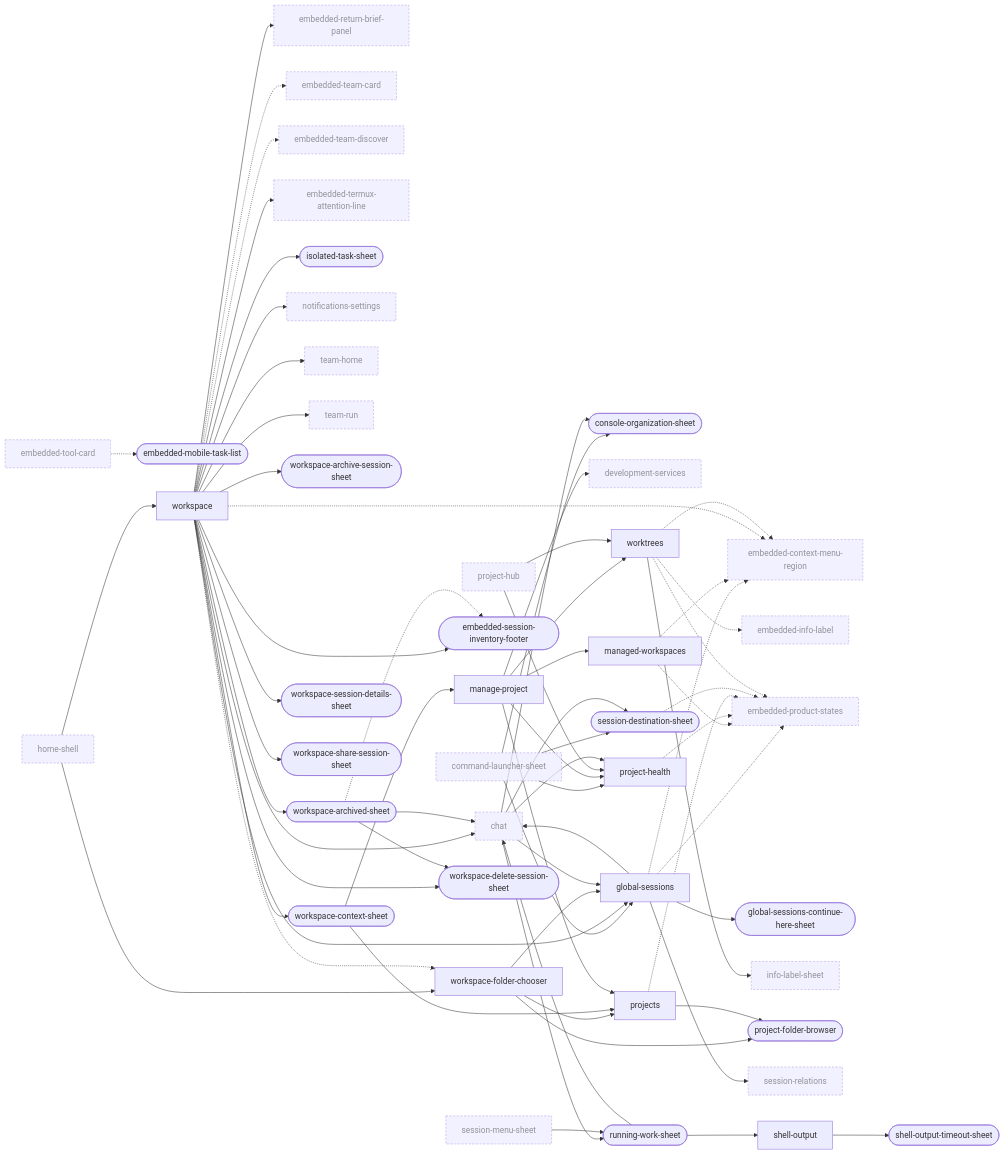
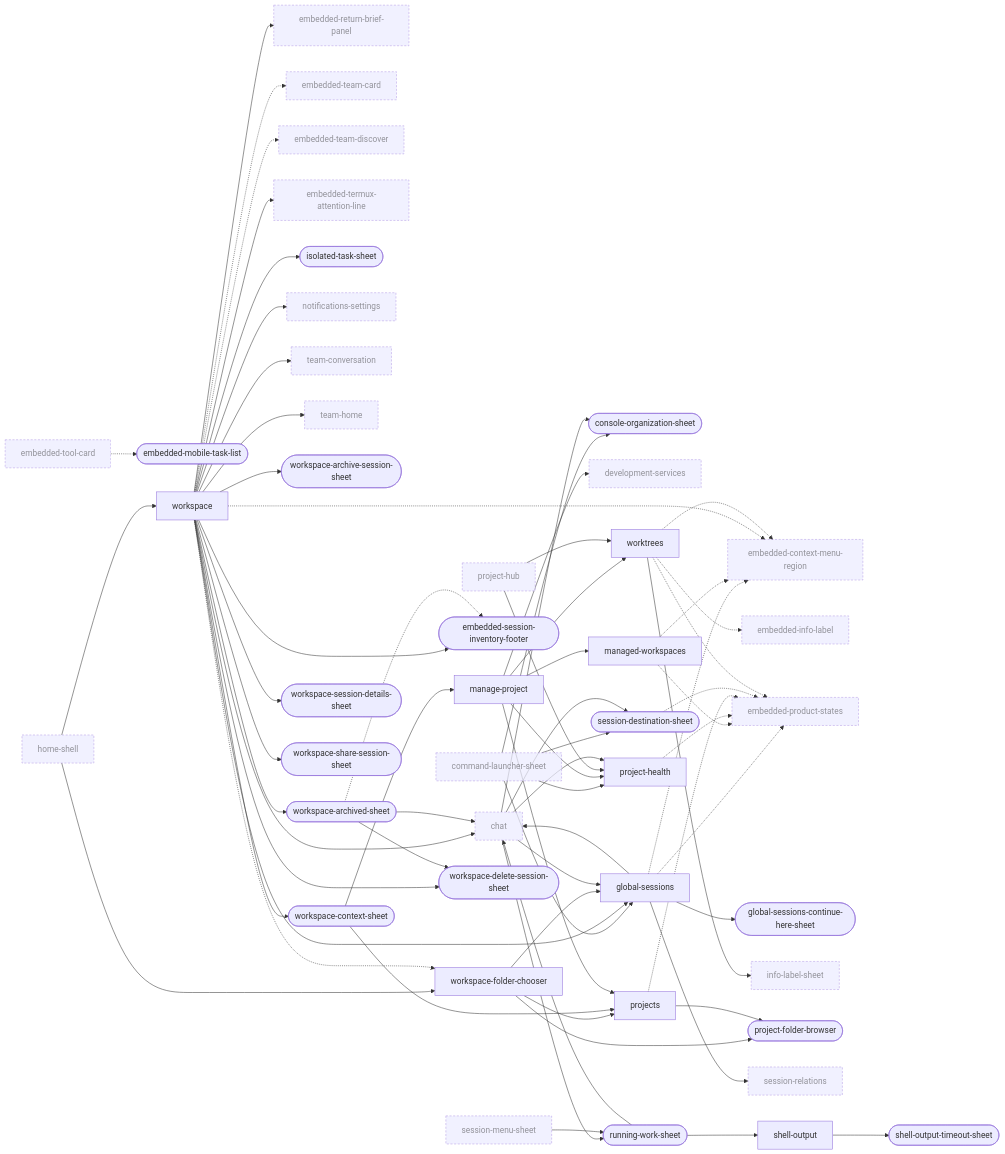
Before and after one commit to Breskott/opencode-mobile-next: the third of 10 diagrams in docs/design/ui-ledger/navigation.md, drawn with Mermaid. The commit also changed other lines of this file and 11 other files, not shown here.

First line of the commit message:
docs(ui-ledger): the AI Team board, team conversation and watching mode [skip ci]

```diff
--- a/docs/design/ui-ledger/navigation.md
+++ b/docs/design/ui-ledger/navigation.md
@@ -506,8 +512,8 @@
   session_relations["session-relations"]:::ext
   shell_output["shell-output"]
   shell_output_timeout_sheet(["shell-output-timeout-sheet"])
+  team_conversation["team-conversation"]:::ext
   team_home["team-home"]:::ext
-  team_run["team-run"]:::ext
   workspace["workspace"]
   workspace_archive_session_sheet(["workspace-archive-session-sheet"])
   workspace_archived_sheet(["workspace-archived-sheet"])
@@ -538,7 +544,7 @@
   workspace --> workspace_archived_sheet
   workspace --> isolated_task_sheet
   workspace --> embedded_session_inventory_footer
-  workspace --> team_run
+  workspace --> team_conversation
   workspace_folder_chooser --> projects
   workspace_folder_chooser --> global_sessions
   workspace_context_sheet --> projects
```
